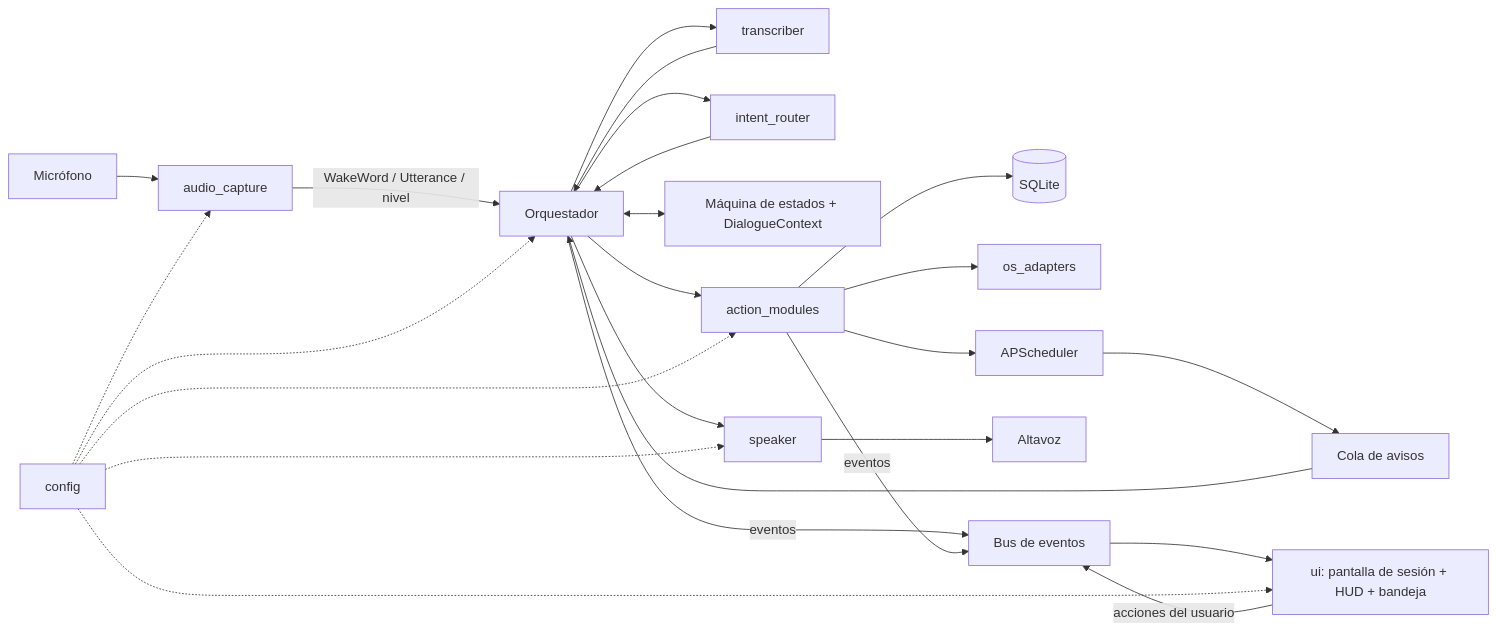
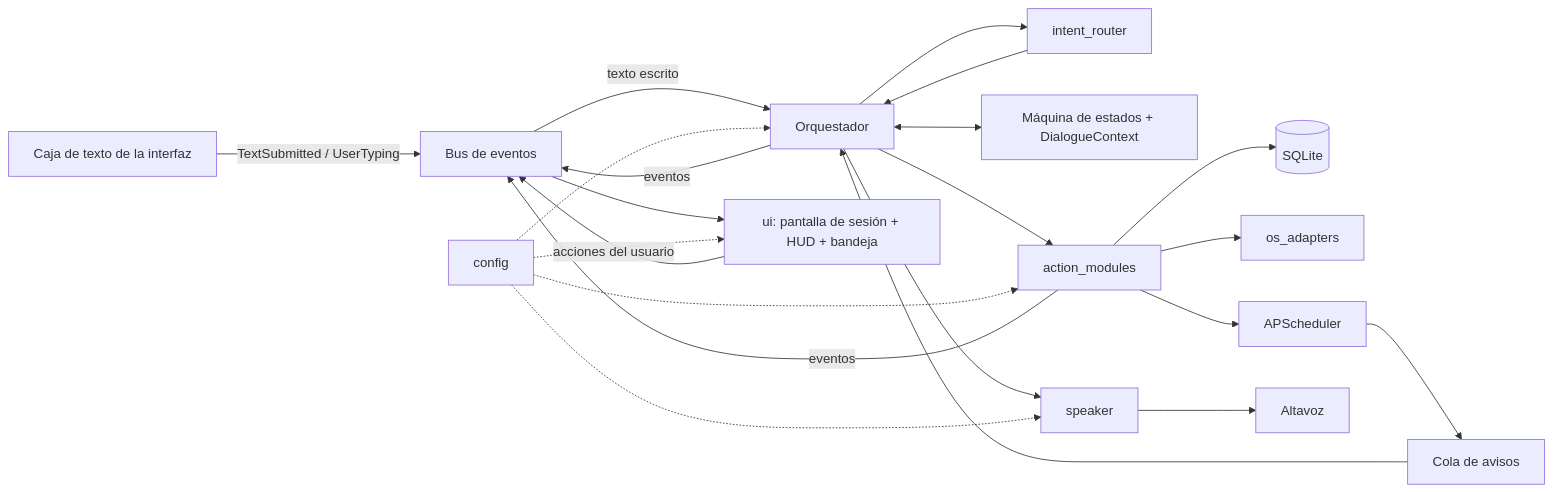
Before and after one commit to Tupanditta/Jarvis: the first of 2 diagrams in software/arquitectura.md, drawn with Mermaid. The commit also changed other lines of this file and 154 other files, not shown here.

````diff
--- a/software/arquitectura.md
+++ b/software/arquitectura.md
@@ -15,23 +15,21 @@
 ```mermaid
 flowchart LR
-    MIC[Micrófono] --> AC[audio_capture]
-    AC -- "WakeWord / Utterance / nivel" --> ORQ[Orquestador]
-    ORQ --> STT[transcriber]
-    STT --> ORQ
+    TXT[Caja de texto de la interfaz] -- "TextSubmitted / UserTyping" --> BUS
+    BUS -- texto escrito --> ORQ[Orquestador]
     ORQ --> RTR[intent_router]
     RTR --> ORQ
     ORQ <--> FSM[Máquina de estados + DialogueContext]
     ORQ --> MOD[action_modules]
     MOD --> DB[(SQLite)]
     MOD --> OSA[os_adapters]
     MOD --> SCH[APScheduler]
     SCH --> AV[Cola de avisos]
     AV --> ORQ
     ORQ --> SPK[speaker]
     SPK --> ALT[Altavoz]
     ORQ -- eventos --> BUS[Bus de eventos]
     MOD -- eventos --> BUS
     BUS --> UI[ui: pantalla de sesión + HUD + bandeja]
     UI -- acciones del usuario --> BUS
-    CFG[config] -.-> ORQ & MOD & AC & SPK & UI
+    CFG[config] -.-> ORQ & MOD & SPK & UI
 ```
````
